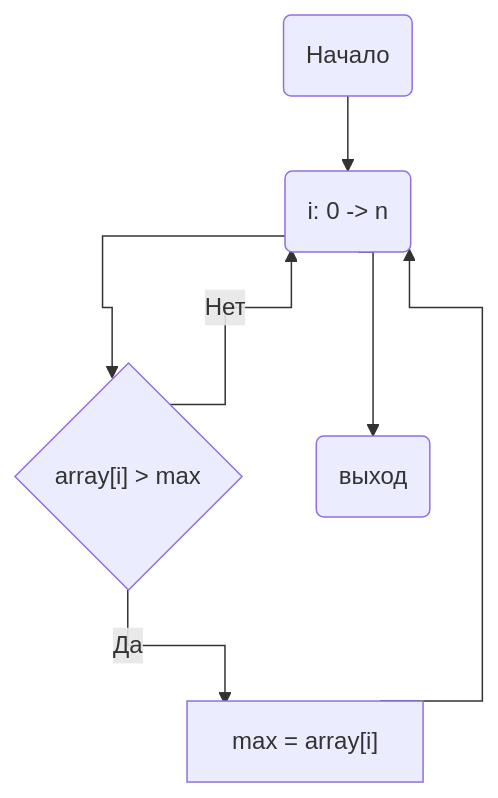
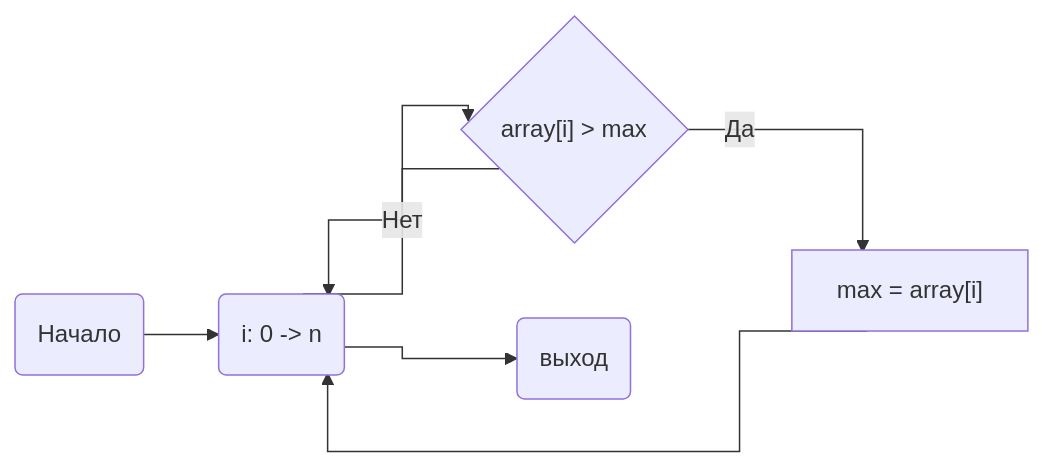
The diagram in 01_lab/report.md (ne-bknn/parallel_labs), drawn with Mermaid before and after one commit. The commit also changed other lines of this file and 5 other files, not shown here.

````diff
--- a/01_lab/report.md
+++ b/01_lab/report.md
@@ -43,11 +43,11 @@
 ```mermaid
     %%{ init : {"flowchart" : { "curve" : "stepAfter" }}}%%
-    graph TD
+    graph LR
         A(Начало) --> B(i: 0 -> n)
         
         B --> C{"array[i] > max"}
         B --> E(выход)
         C -->|Да| D["max = array[i]"]
         D --> B
         C -->|Нет| B
 ```
````
